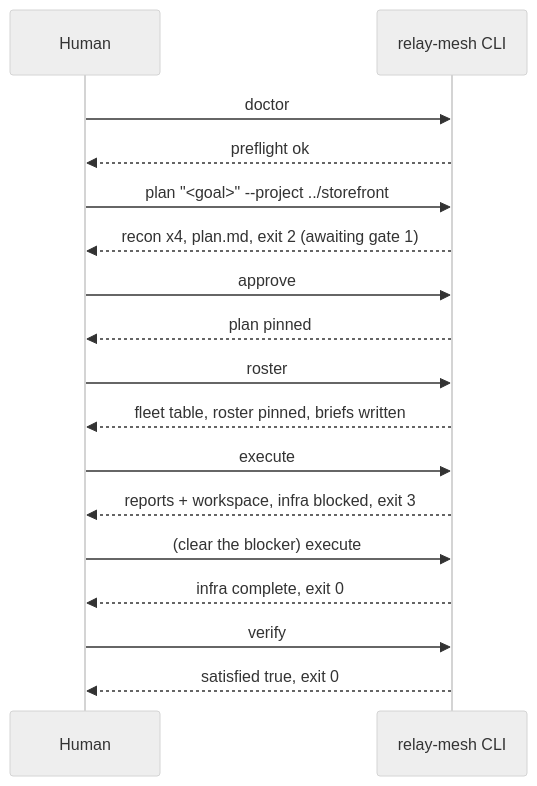
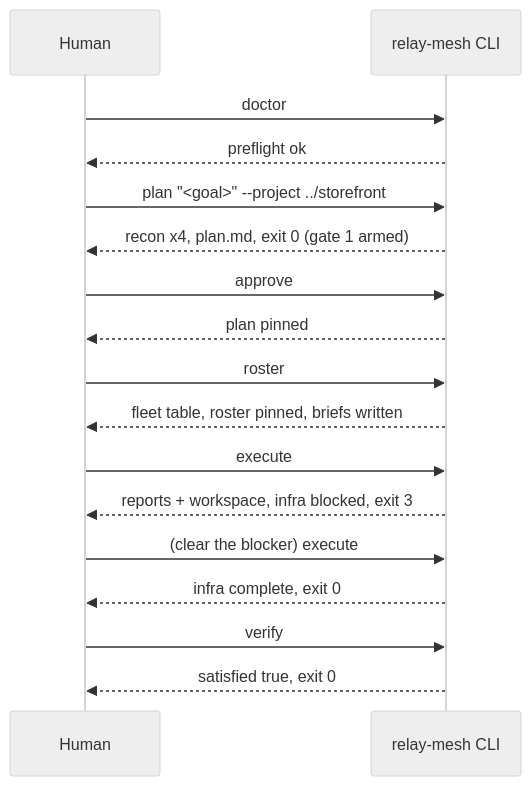
One commit to CodeStrux/relay-mesh changed the diagram in site-relay-mesh-docs/Walkthrough.md. Above: the diagram before and after it, drawn with Mermaid (neutral theme). The commit also changed other lines of this file and 7 other files, not shown here.

````diff
--- a/site-relay-mesh-docs/Walkthrough.md
+++ b/site-relay-mesh-docs/Walkthrough.md
@@ -53,19 +57,19 @@
 ```mermaid
 sequenceDiagram
     participant H as Human
     participant C as relay-mesh CLI
     H->>C: doctor
     C-->>H: preflight ok
     H->>C: plan "<goal>" --project ../storefront
-    C-->>H: recon x4, plan.md, exit 2 (awaiting gate 1)
+    C-->>H: recon x4, plan.md, exit 0 (gate 1 armed)
     H->>C: approve
     C-->>H: plan pinned
     H->>C: roster
     C-->>H: fleet table, roster pinned, briefs written
     H->>C: execute
     C-->>H: reports + workspace, infra blocked, exit 3
     H->>C: (clear the blocker) execute
     C-->>H: infra complete, exit 0
     H->>C: verify
     C-->>H: satisfied true, exit 0
 ```
````
